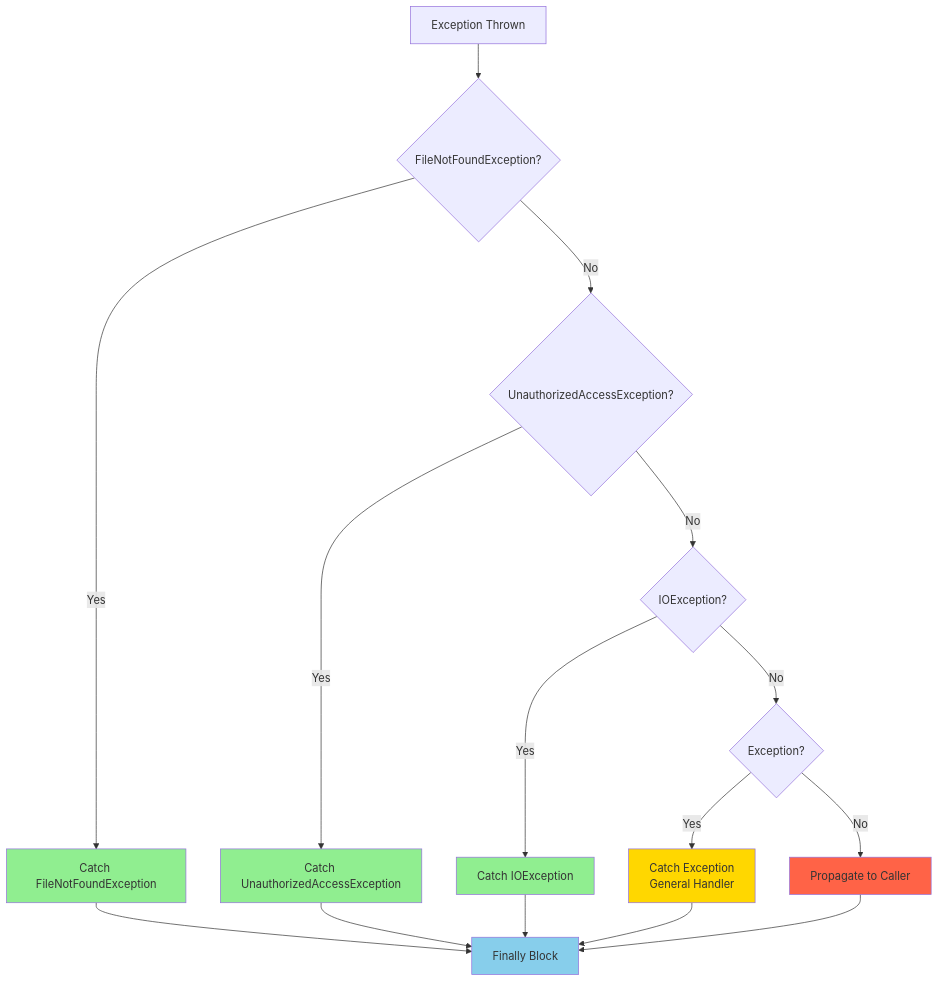
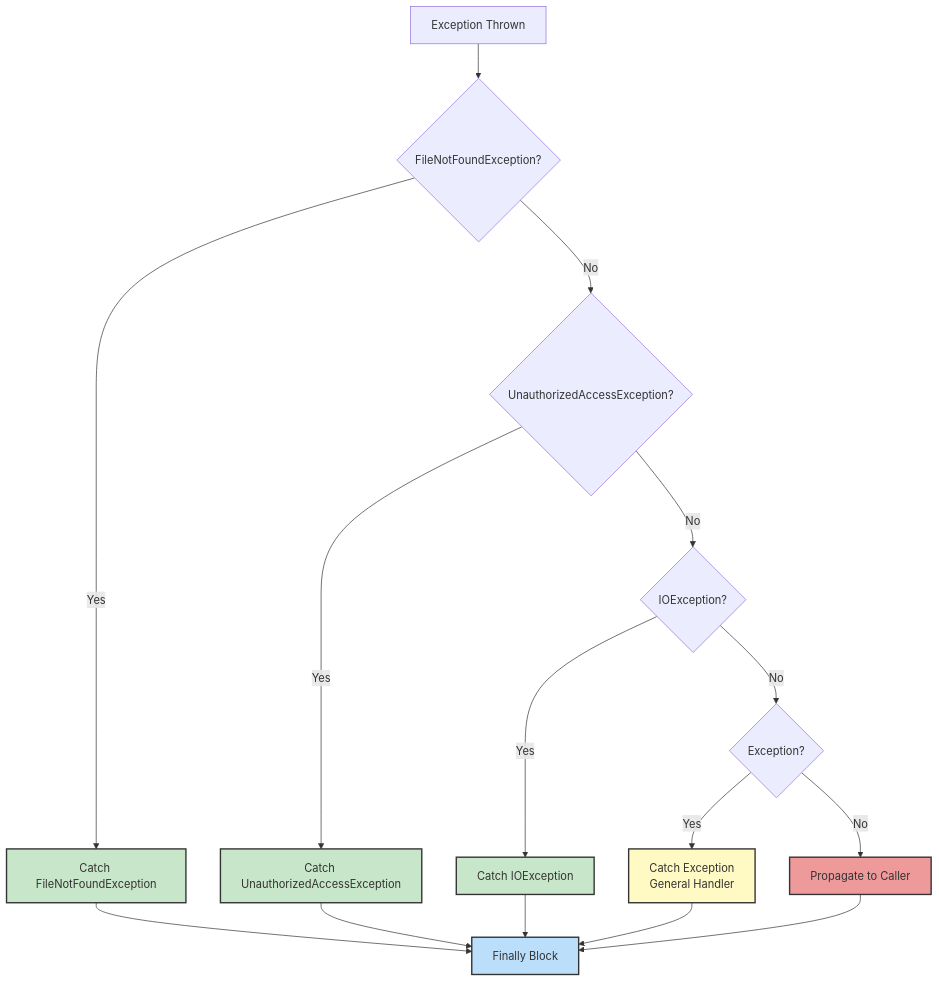
The third of 11 diagrams in C# fundamentals/day06-exceptions.md (NguyenPhamCode4You/ai-home-lab-docker-compose), drawn with Mermaid before and after one commit. The commit also changed other lines of this file and 10 other files, not shown here.

````diff
--- a/C# fundamentals/day06-exceptions.md
+++ b/C# fundamentals/day06-exceptions.md
@@ -185,25 +185,25 @@
 ```mermaid
 graph TD
     A[Exception Thrown] --> B{FileNotFoundException?}
     B -->|Yes| C[Catch FileNotFoundException]
     B -->|No| D{UnauthorizedAccessException?}
     D -->|Yes| E[Catch UnauthorizedAccessException]
     D -->|No| F{IOException?}
     F -->|Yes| G[Catch IOException]
     F -->|No| H{Exception?}
     H -->|Yes| I[Catch Exception<br/>General Handler]
     H -->|No| J[Propagate to Caller]
 
     C --> K[Finally Block]
     E --> K
     G --> K
     I --> K
     J --> K
 
-    style C fill:#90EE90
-    style E fill:#90EE90
-    style G fill:#90EE90
-    style I fill:#FFD700
-    style J fill:#FF6347
-    style K fill:#87CEEB
+    style C fill:#c8e6c9,stroke:#333,stroke-width:2px
+    style E fill:#c8e6c9,stroke:#333,stroke-width:2px
+    style G fill:#c8e6c9,stroke:#333,stroke-width:2px
+    style I fill:#fff9c4,stroke:#333,stroke-width:2px
+    style J fill:#ef9a9a,stroke:#333,stroke-width:2px
+    style K fill:#bbdefb,stroke:#333,stroke-width:2px
 ```
````
